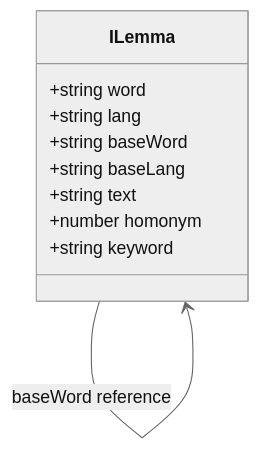
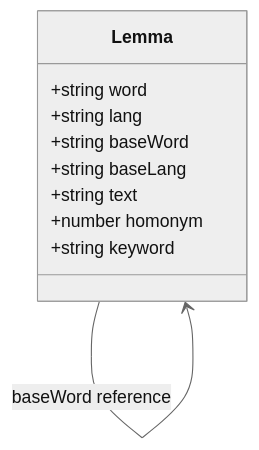
Diagram 16 of 17 in apps/web/ARCHITECTURE.md (remarcmij/taalwiz-mono), drawn with Mermaid (neutral theme) before and after one commit. The commit also changed other lines of this file and 31 other files, not shown here.

````diff
--- a/apps/web/ARCHITECTURE.md
+++ b/apps/web/ARCHITECTURE.md
@@ -674,14 +674,14 @@
 ```mermaid
 classDiagram
-    class ILemma {
+    class Lemma {
         +string word
         +string lang
         +string baseWord
         +string baseLang
         +string text
         +number homonym
         +string keyword
     }
 
-    ILemma --> ILemma : baseWord reference
+    Lemma --> Lemma : baseWord reference
 ```
````
